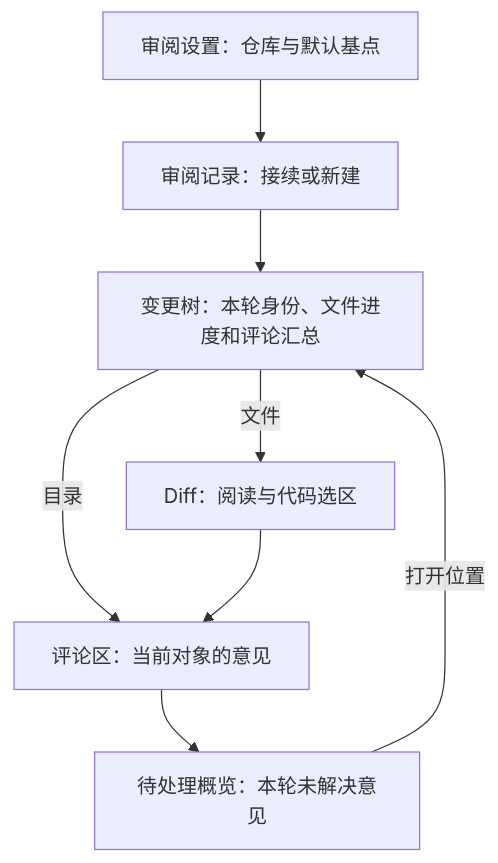
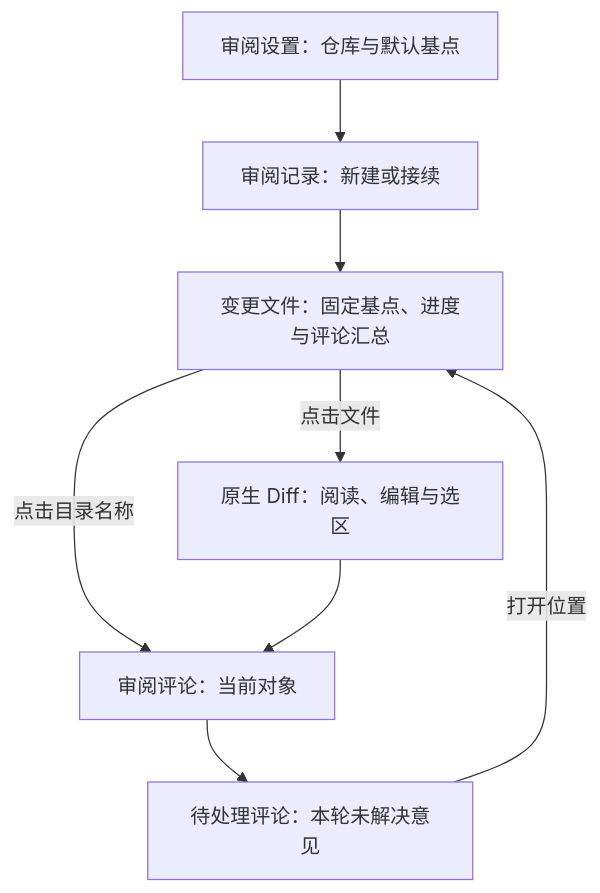
Before and after one commit to To-Re/review-slate: the diagram in docs/设计/README.md, drawn with Mermaid. The commit also changed other lines of this file and 30 other files, not shown here.

````diff
--- a/docs/设计/README.md
+++ b/docs/设计/README.md
@@ -19,10 +13,10 @@
 ```mermaid
 flowchart TB
-    A[审阅设置：仓库与默认基点] --> B[审阅记录：接续或新建]
-    B --> C[变更树：本轮身份、文件进度和评论汇总]
-    C -->|文件| D[Diff：阅读与代码选区]
-    C -->|目录| E[评论区：当前对象的意见]
+    A[审阅设置：仓库与默认基点] --> B[审阅记录：新建或接续]
+    B --> C[变更文件：固定基点、进度与评论汇总]
+    C -->|点击文件| D[原生 Diff：阅读、编辑与选区]
+    C -->|点击目录名称| E[审阅评论：当前对象]
     D --> E
-    E --> F[待处理概览：本轮未解决意见]
+    E --> F[待处理评论：本轮未解决意见]
     F -->|打开位置| C
 ```
````
